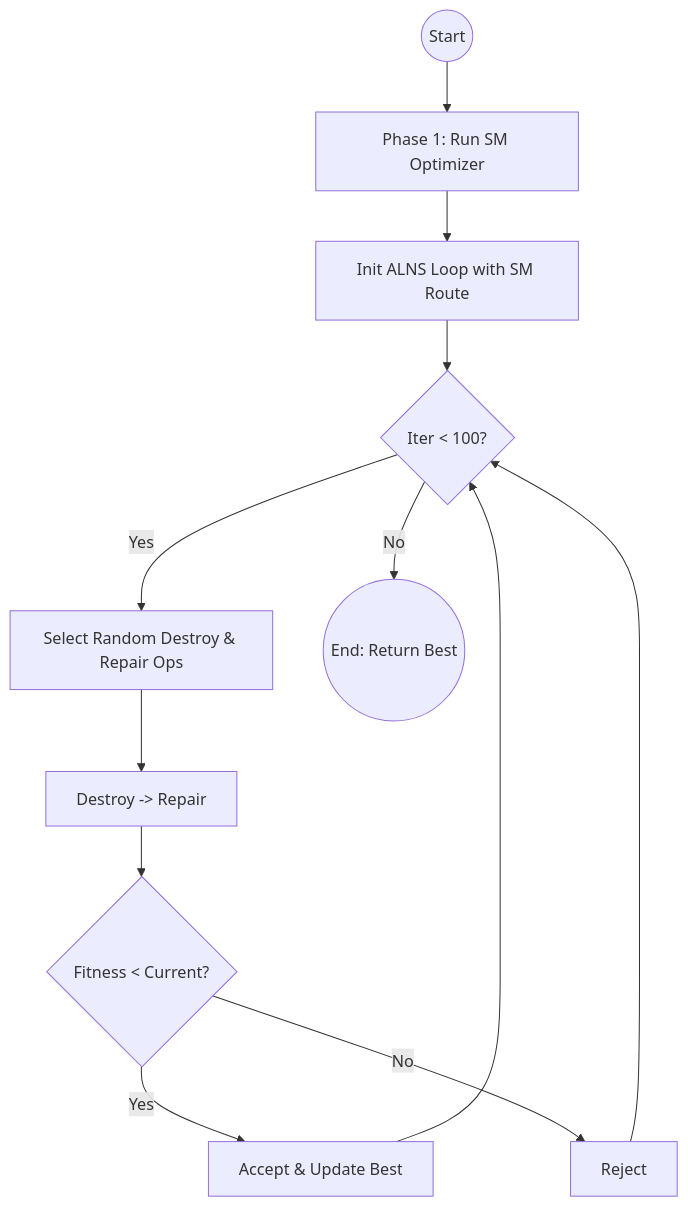
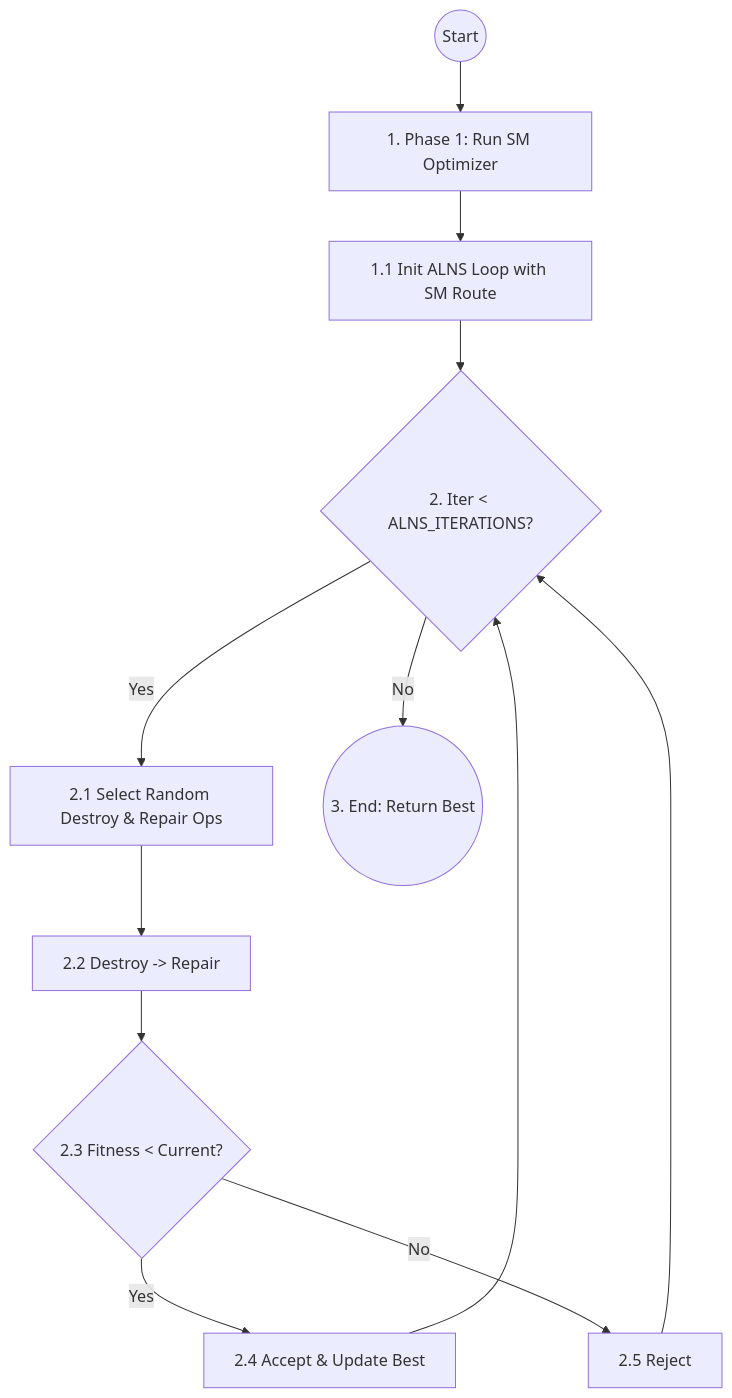
The sixth of 8 diagrams in doc/algorithm-workflows.md (babankbro/NakornSri-Travel), drawn with Mermaid before and after one commit. The commit also changed other lines of this file and 17 other files, not shown here.

````diff
--- a/doc/algorithm-workflows.md
+++ b/doc/algorithm-workflows.md
@@ -472,18 +455,18 @@
 ```mermaid
 graph TD
-    Start(("Start")) --> Phase1["Phase 1: Run SM Optimizer"]
-    Phase1 --> Phase2Init["Init ALNS Loop with SM Route"]
-    Phase2Init --> LoopALNS{"Iter < 100?"}
+    Start(("Start")) --> Phase1["1. Phase 1: Run SM Optimizer"]
+    Phase1 --> Phase2Init["1.1 Init ALNS Loop with SM Route"]
+    Phase2Init --> LoopALNS{"2. Iter < ALNS_ITERATIONS?"}
     
-    LoopALNS -- Yes --> SelectOps["Select Random Destroy & Repair Ops"]
-    SelectOps --> ApplyOps["Destroy -> Repair"]
-    ApplyOps --> Eval{"Fitness < Current?"}
+    LoopALNS -- Yes --> SelectOps["2.1 Select Random Destroy & Repair Ops"]
+    SelectOps --> ApplyOps["2.2 Destroy -> Repair"]
+    ApplyOps --> Eval{"2.3 Fitness < Current?"}
     
-    Eval -- Yes --> Accept["Accept & Update Best"]
-    Eval -- No --> Reject["Reject"]
+    Eval -- Yes --> Accept["2.4 Accept & Update Best"]
+    Eval -- No --> Reject["2.5 Reject"]
     
     Accept --> LoopALNS
     Reject --> LoopALNS
     
-    LoopALNS -- No --> End(("End: Return Best"))
+    LoopALNS -- No --> End(("3. End: Return Best"))
 ```
````
